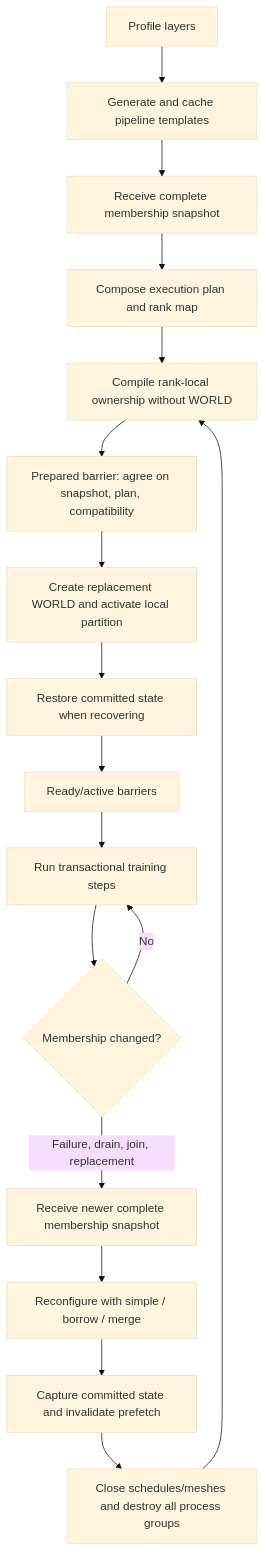
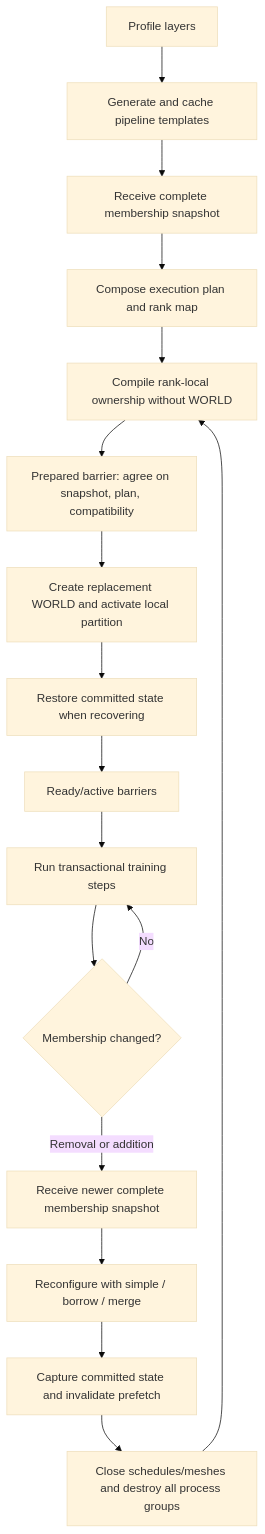
The first of 8 diagrams in lifecycle.md (SymbioticLab/Oobleck), drawn with Mermaid (base theme) before and after one commit. The commit also changed other lines of this file and 29 other files, not shown here.

First line of the commit message:
Implement graceful cutover with removal/addition membership semantics (#46)

````diff
--- a/lifecycle.md
+++ b/lifecycle.md
@@ -11,19 +11,19 @@
 ```mermaid
 flowchart TD
     P["Profile layers"] --> T["Generate and cache pipeline templates"]
     T --> M["Receive complete membership snapshot"]
     M --> C["Compose execution plan and rank map"]
     C --> L["Compile rank-local ownership without WORLD"]
     L --> PB["Prepared barrier: agree on snapshot, plan, compatibility"]
     PB --> W["Create replacement WORLD and activate local partition"]
     W --> R["Restore committed state when recovering"]
     R --> AB["Ready/active barriers"]
     AB --> S["Run transactional training steps"]
     S --> F{"Membership changed?"}
     F -- "No" --> S
-    F -- "Failure, drain, join, replacement" --> NM["Receive newer complete membership snapshot"]
+    F -- "Removal or addition" --> NM["Receive newer complete membership snapshot"]
     NM --> RP["Reconfigure with simple / borrow / merge"]
     RP --> X["Capture committed state and invalidate prefetch"]
     X --> D["Close schedules/meshes and destroy all process groups"]
     D --> L
 ```
````
